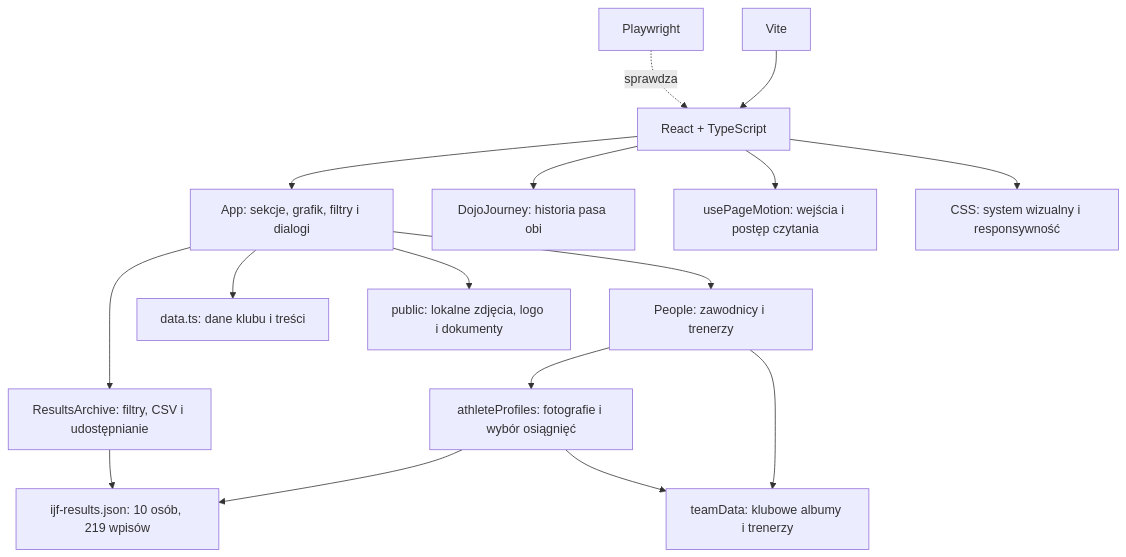
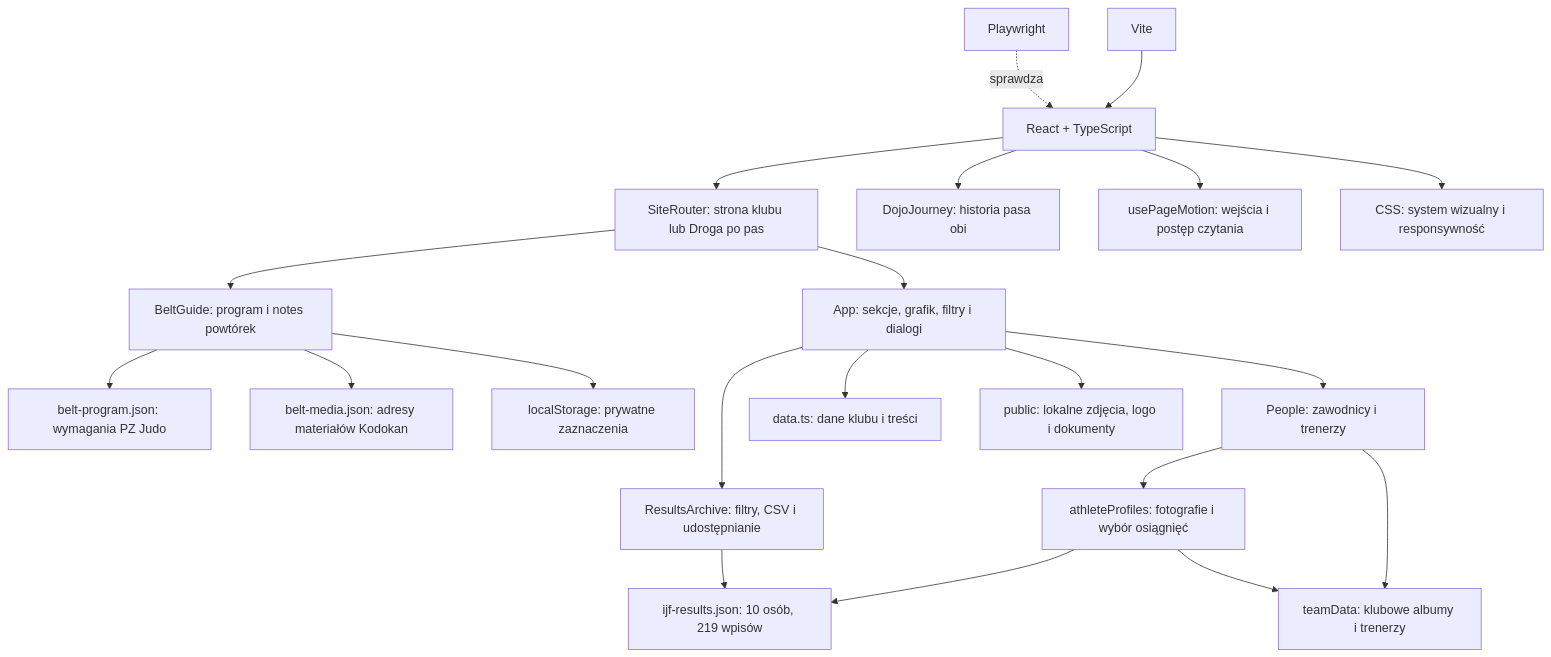
Before and after one commit to wojtekp2002/judo_club_one-page: the second of 4 diagrams in README.md, drawn with Mermaid. The commit also changed other lines of this file and 18 other files, not shown here.

Commit message:
Dodaj Drogę po pas z programem KYU, filmami i notesem powtórek

````diff
--- a/README.md
+++ b/README.md
@@ -141,18 +158,23 @@
 ```mermaid
 flowchart TB
   V[Vite] --> R[React + TypeScript]
-  R --> A[App: sekcje, grafik, filtry i dialogi]
+  BR --> A[App: sekcje, grafik, filtry i dialogi]
   R --> J[DojoJourney: historia pasa obi]
   R --> M[usePageMotion: wejścia i postęp czytania]
+  R --> BR[SiteRouter: strona klubu lub Droga po pas]
+  BR --> BG[BeltGuide: program i notes powtórek]
+  BG --> BD[belt-program.json: wymagania PZ Judo]
+  BG --> BM[belt-media.json: adresy materiałów Kodokan]
+  BG --> LS[localStorage: prywatne zaznaczenia]
   A --> K[People: zawodnicy i trenerzy]
   A --> H[ResultsArchive: filtry, CSV i udostępnianie]
   K --> F[athleteProfiles: fotografie i wybór osiągnięć]
   F --> I[ijf-results.json: 10 osób, 219 wpisów]
   H --> I
   K --> C[teamData: klubowe albumy i trenerzy]
   F --> C
   A --> D[data.ts: dane klubu i treści]
   A --> P[public: lokalne zdjęcia, logo i dokumenty]
   R --> S[CSS: system wizualny i responsywność]
   T[Playwright] -. sprawdza .-> R
 ```
````
